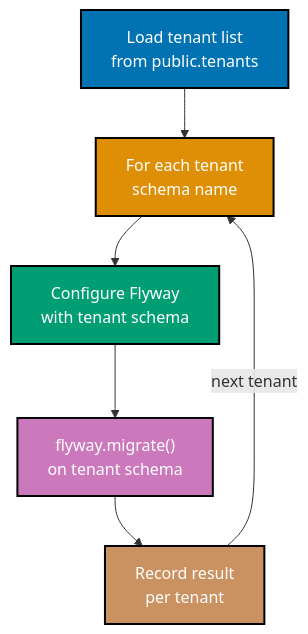
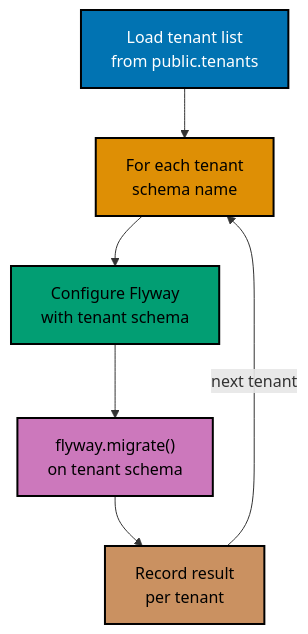
Before and after one commit to wahidyankf/ose-public: the seventh of 9 diagrams in apps/ayokoding-www/content/en/learn/legacy/software-engineering/data/tools/kotlin-flyway/by-example/advanced.md, drawn with Mermaid. The commit also changed other lines of this file and 131 other files, not shown here.

First line of the commit message:
fix(mermaid): bring the legacy data, infrastructure, and testing diagrams onto the accessible palette

````diff
--- a/apps/ayokoding-www/content/en/learn/legacy/software-engineering/data/tools/kotlin-flyway/by-example/advanced.md
+++ b/apps/ayokoding-www/content/en/learn/legacy/software-engineering/data/tools/kotlin-flyway/by-example/advanced.md
@@ -818,19 +836,22 @@
 ```mermaid
 %% Color Palette: Blue #0173B2, Orange #DE8F05, Teal #029E73, Purple #CC78BC, Brown #CA9161
 %% Multi-tenant schema migration flow
 graph TD
-    A["Load tenant list\nfrom public.tenants"]:::blue
-    B["For each tenant\nschema name"]:::orange
-    C["Configure Flyway\nwith tenant schema"]:::teal
-    D["flyway.migrate()\non tenant schema"]:::purple
-    E["Record result\nper tenant"]:::brown
+    accTitle: Example 73: Multi-Tenant Schema Migration
+    accDescr: Graph with 5 nodes and 5 connections. Nodes: Load tenant list from public.tenants, For each tenant schema name, Configure Flyway with tenant schema, flyway.migrate() on tenant schema, Record result per tenant. Connections: Load tenant list from public.tenants to For each tenant schema name, For each tenant schema name to Configure Flyway with tenant schema, Configure Flyway with tenant schema to flyway.migrate() on tenant schema, flyway.migrate() on tenant schema to Record result per tenant, Record result per tenant to For each tenant schema name (next tenant).
+    A["Load tenant list<br/>from public.tenants"]:::blue
+    B["For each tenant<br/>schema name"]:::orange
+    C["Configure Flyway<br/>with tenant schema"]:::teal
+    D["flyway.migrate()<br/>on tenant schema"]:::purple
+    E["Record result<br/>per tenant"]:::brown
 
     A --> B --> C --> D --> E
     E -->|next tenant| B
 
     classDef blue fill:#0173B2,stroke:#000000,color:#FFFFFF,stroke-width:2px
-    classDef orange fill:#DE8F05,stroke:#000000,color:#FFFFFF,stroke-width:2px
-    classDef teal fill:#029E73,stroke:#000000,color:#FFFFFF,stroke-width:2px
-    classDef purple fill:#CC78BC,stroke:#000000,color:#FFFFFF,stroke-width:2px
-    classDef brown fill:#CA9161,stroke:#000000,color:#FFFFFF,stroke-width:2px
+    classDef orange fill:#DE8F05,stroke:#000000,color:#000000,stroke-width:2px
+    classDef teal fill:#029E73,stroke:#000000,color:#000000,stroke-width:2px
+    classDef purple fill:#CC78BC,stroke:#000000,color:#000000,stroke-width:2px
+    classDef brown fill:#CA9161,stroke:#000000,color:#000000,stroke-width:2px
+    classDef default fill:#FFFFFF,stroke:#000000,color:#000000
 ```
````
